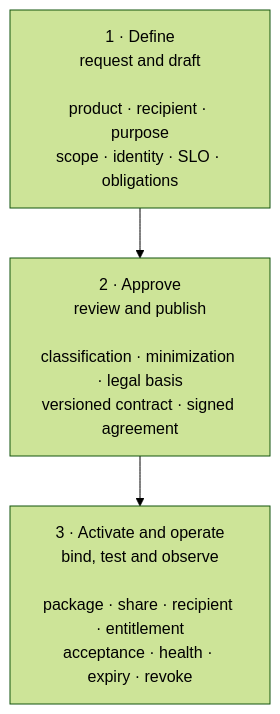
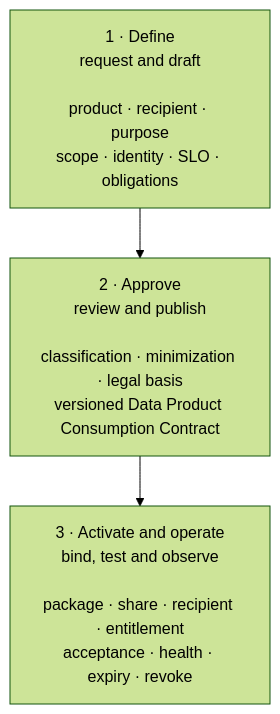
The second of 2 diagrams in docs/architecture/data-sharing-design.md (cong78/data-foundation-architecture), drawn with Mermaid (forest theme) before and after one commit. The commit also changed other lines of this file and 47 other files, not shown here.

````diff
--- a/docs/architecture/data-sharing-design.md
+++ b/docs/architecture/data-sharing-design.md
@@ -54,8 +53,8 @@
 ```mermaid
 flowchart TB
     DEFINE["1 · Define<br/>request and draft<br/><br/>product · recipient · purpose<br/>scope · identity · SLO · obligations"]
-    APPROVE["2 · Approve<br/>review and publish<br/><br/>classification · minimization · legal basis<br/>versioned contract · signed agreement"]
+    APPROVE["2 · Approve<br/>review and publish<br/><br/>classification · minimization · legal basis<br/>versioned Data Product Consumption Contract"]
     OPERATE["3 · Activate and operate<br/>bind, test and observe<br/><br/>package · share · recipient · entitlement<br/>acceptance · health · expiry · revoke"]
 
     DEFINE --> APPROVE --> OPERATE
 ```
````
